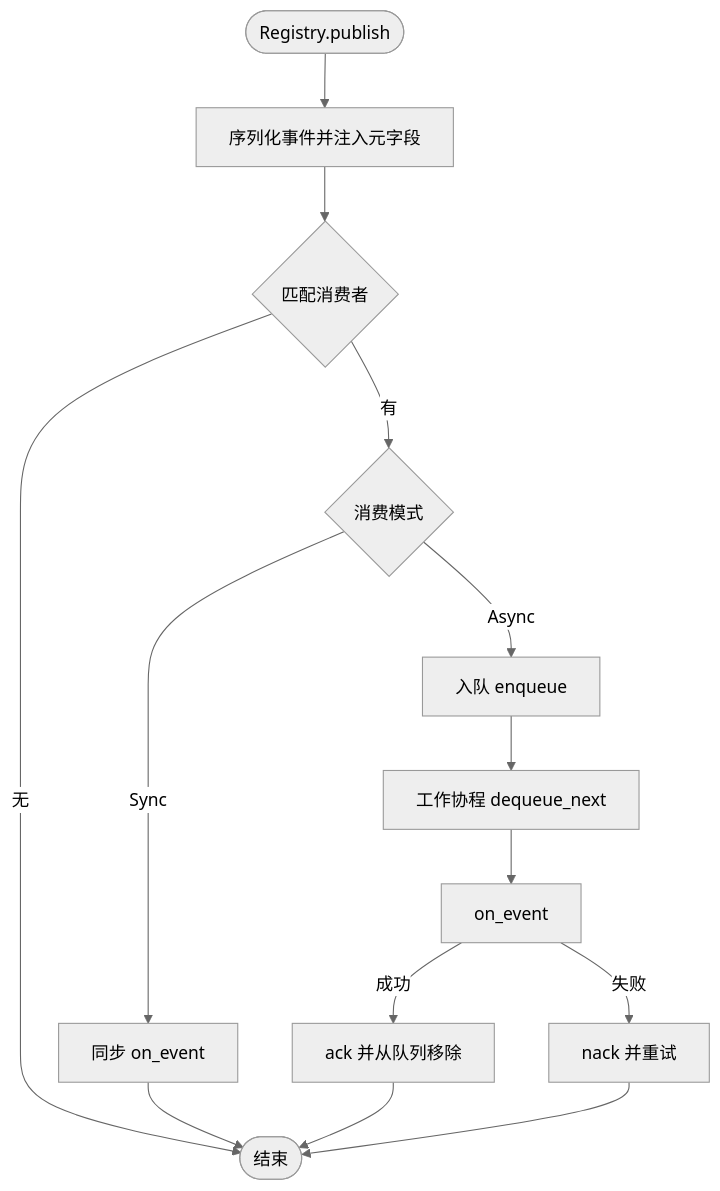
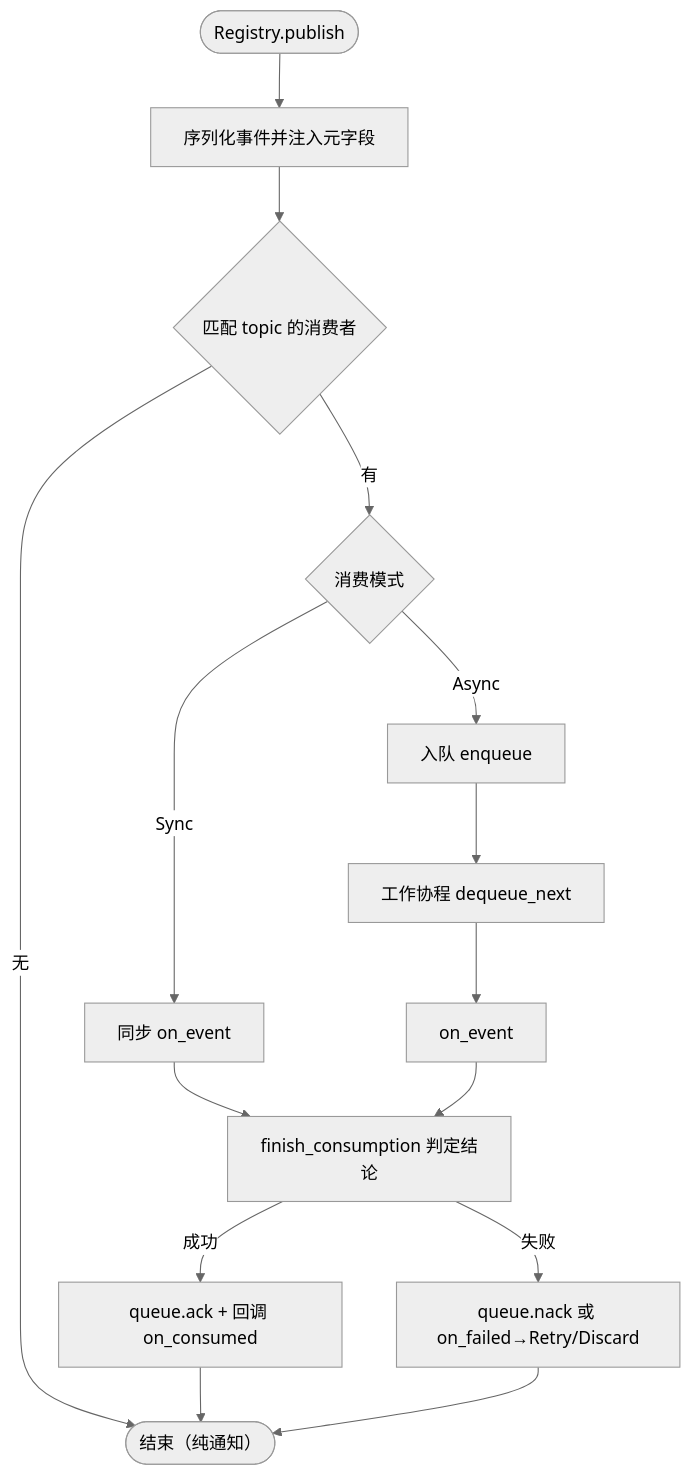
The third of 6 diagrams in docs/wiki/zh/content/架构设计/AOP 事件系统架构.md (runningcoders/ai_orz), drawn with Mermaid (neutral theme) before and after one commit. The commit also changed other lines of this file and 37 other files, not shown here.

````diff
--- a/docs/wiki/zh/content/架构设计/AOP 事件系统架构.md
+++ b/docs/wiki/zh/content/架构设计/AOP 事件系统架构.md
@@ -157,16 +170,17 @@
 ```mermaid
-flowchart TD
+graph TB
 Start(["Registry.publish"]) --> Serialize["序列化事件并注入元字段"]
-Serialize --> Match{"匹配消费者"}
-Match --> |无| End(["结束"])
+Serialize --> Match{"匹配 topic 的消费者"}
+Match --> |无| End(["结束（纯通知）"])
 Match --> |有| Mode{"消费模式"}
 Mode --> |Sync| SyncExec["同步 on_event"]
 Mode --> |Async| Enqueue["入队 enqueue"]
-SyncExec --> End
+SyncExec --> Finish["finish_consumption 判定结论"]
 Enqueue --> Worker["工作协程 dequeue_next"]
 Worker --> Exec["on_event"]
-Exec --> |成功| Ack["ack 并从队列移除"]
-Exec --> |失败| Nack["nack 并重试"]
+Exec --> Finish
+Finish --> |成功| Ack["queue.ack + 回调 on_consumed"]
+Finish --> |失败| Nack["queue.nack 或 on_failed→Retry/Discard"]
 Ack --> End
 Nack --> End
 ```
````
